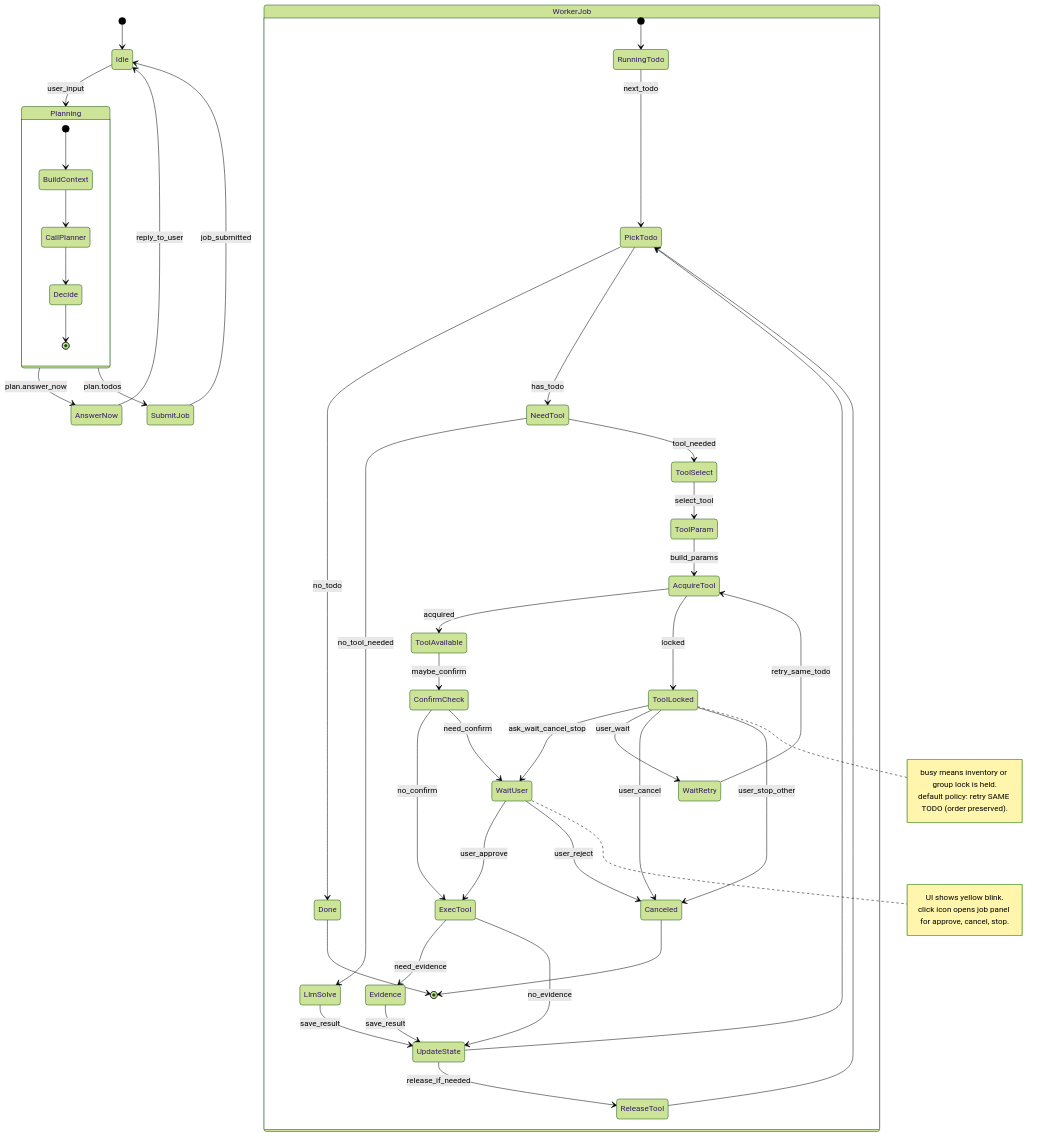
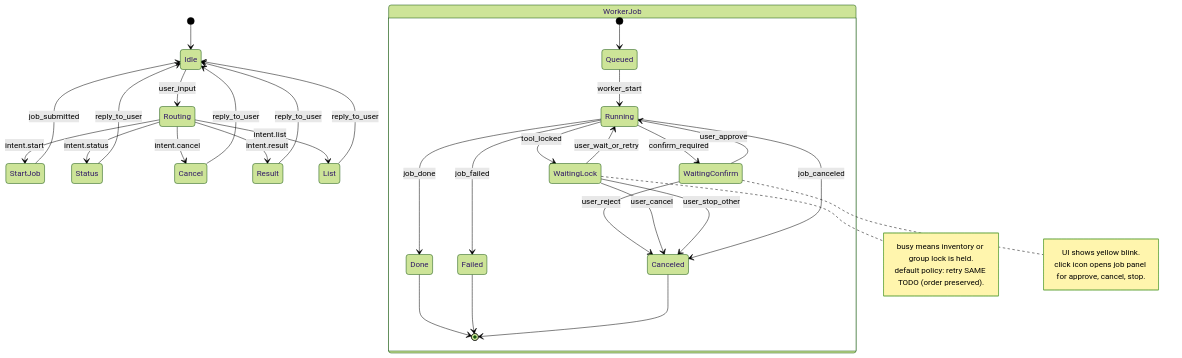
The second of 2 diagrams in docs/agent_world_models_v2.md (heonsik/agent_chat), drawn with Mermaid (forest theme) before and after one commit. The commit also changed other lines of this file and 4 other files, not shown here.

````diff
--- a/docs/agent_world_models_v2.md
+++ b/docs/agent_world_models_v2.md
@@ -114,69 +124,46 @@
 ```mermaid
 stateDiagram-v2
 
 [*] --> Idle
 
-Idle --> Planning : user_input
-Planning --> AnswerNow : plan.answer_now
-Planning --> SubmitJob : plan.todos
+Idle --> Routing : user_input
+Routing --> StartJob : intent.start
+Routing --> Status : intent.status
+Routing --> Cancel : intent.cancel
+Routing --> Result : intent.result
+Routing --> List : intent.list
 
-AnswerNow --> Idle : reply_to_user
-SubmitJob --> Idle : job_submitted
+StartJob --> Idle : job_submitted
+Status --> Idle : reply_to_user
+Cancel --> Idle : reply_to_user
+Result --> Idle : reply_to_user
+List --> Idle : reply_to_user
 
 state WorkerJob {
-  [*] --> RunningTodo
-  RunningTodo --> PickTodo : next_todo
-  PickTodo --> Done : no_todo
-  PickTodo --> NeedTool : has_todo
-
-  NeedTool --> LlmSolve : no_tool_needed
-  LlmSolve --> UpdateState : save_result
-  UpdateState --> PickTodo
-
-  NeedTool --> ToolSelect : tool_needed
-  ToolSelect --> ToolParam : select_tool
-  ToolParam --> AcquireTool : build_params
-
-  AcquireTool --> ToolAvailable : acquired
-  AcquireTool --> ToolLocked : locked
-
-  ToolAvailable --> ConfirmCheck : maybe_confirm
-  ConfirmCheck --> ExecTool : no_confirm
-  ConfirmCheck --> WaitUser : need_confirm
-
-  WaitUser --> ExecTool : user_approve
-  WaitUser --> Canceled : user_reject
-
-  ToolLocked --> WaitUser : ask_wait_cancel_stop
-  ToolLocked --> WaitRetry : user_wait
-  WaitRetry --> AcquireTool : retry_same_todo
-  ToolLocked --> Canceled : user_cancel
-  ToolLocked --> Canceled : user_stop_other
-
-  ExecTool --> Evidence : need_evidence
-  ExecTool --> UpdateState : no_evidence
-  Evidence --> UpdateState : save_result
-  UpdateState --> ReleaseTool : release_if_needed
-  ReleaseTool --> PickTodo
-
+  [*] --> Queued
+  Queued --> Running : worker_start
+  Running --> WaitingConfirm : confirm_required
+  Running --> WaitingLock : tool_locked
+  WaitingConfirm --> Running : user_approve
+  WaitingConfirm --> Canceled : user_reject
+  WaitingLock --> Running : user_wait_or_retry
+  WaitingLock --> Canceled : user_cancel
+  WaitingLock --> Canceled : user_stop_other
+  Running --> Done : job_done
+  Running --> Failed : job_failed
+  Running --> Canceled : job_canceled
   Done --> [*]
+  Failed --> [*]
   Canceled --> [*]
 }
 
-state Planning {
-  [*] --> BuildContext
-  BuildContext --> CallPlanner
-  CallPlanner --> Decide
-  Decide --> [*]
-}
-
-note right of ToolLocked
+note right of WaitingLock
 busy means inventory or group lock is held.
 default policy: retry SAME TODO (order preserved).
 end note
 
-note right of WaitUser
+note right of WaitingConfirm
 UI shows yellow blink.
 click icon opens job panel for approve, cancel, stop.
 end note
 ```
````
